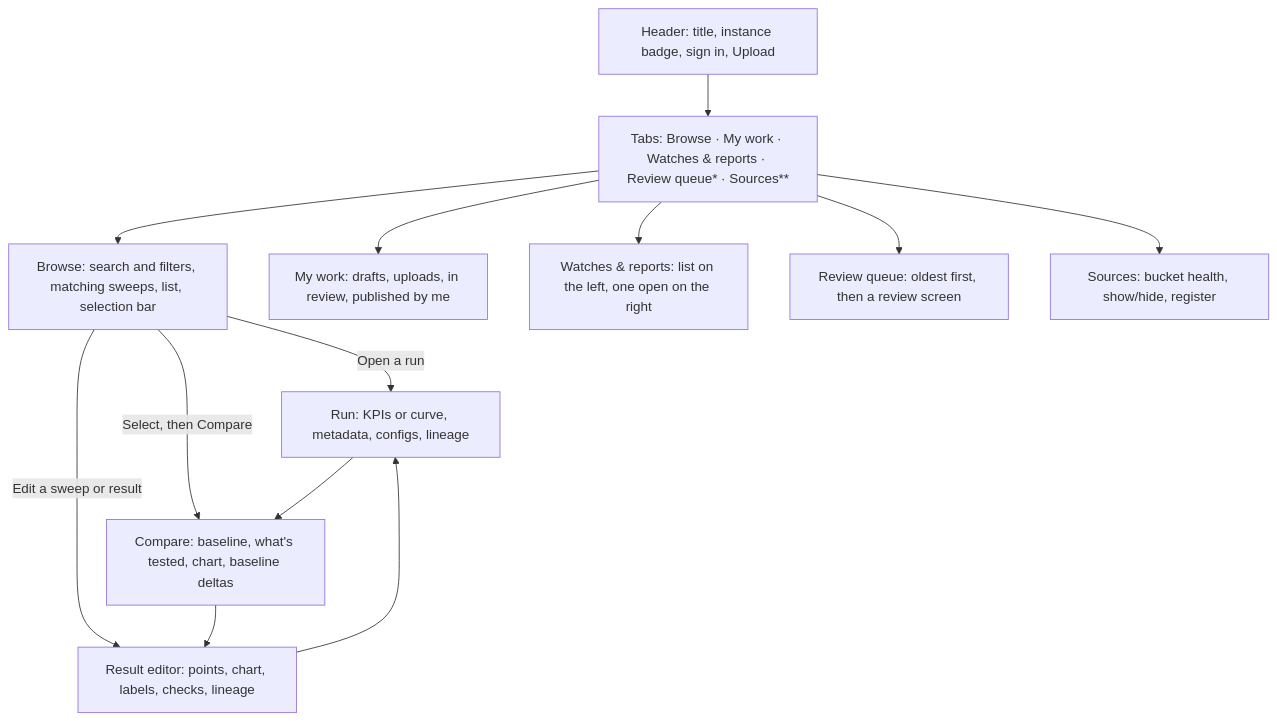
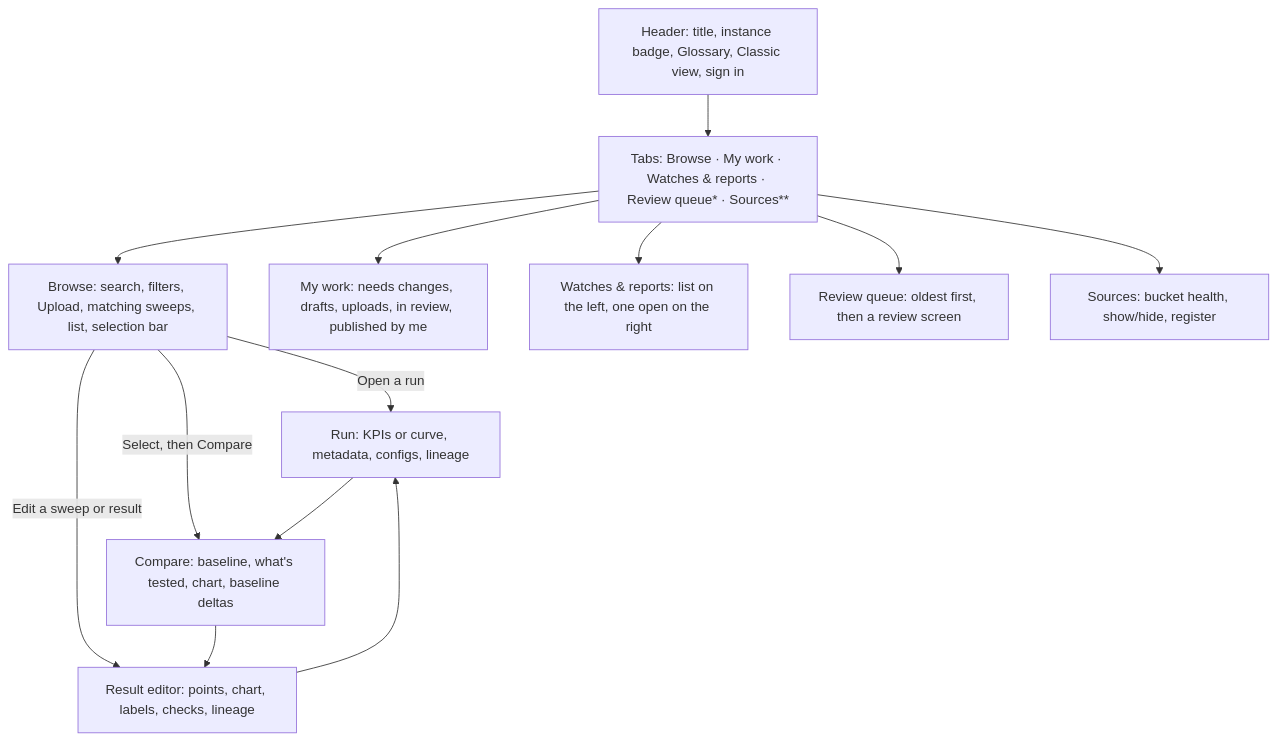
The diagram in docs/results_store_ux_brief.md (Raji14/llm-d-prism), drawn with Mermaid before and after one commit. The commit also changed other lines of this file, not shown here.

````diff
--- a/docs/results_store_ux_brief.md
+++ b/docs/results_store_ux_brief.md
@@ -101,15 +101,15 @@
 ```mermaid
 flowchart TD
-    Header["Header: title, instance badge, sign in, Upload"] --> Tabs["Tabs: Browse · My work · Watches & reports · Review queue* · Sources**"]
-    Tabs --> Browse["Browse: search and filters, matching sweeps, list, selection bar"]
-    Tabs --> MyWork["My work: drafts, uploads, in review, published by me"]
+    Header["Header: title, instance badge, Glossary, Classic view, sign in"] --> Tabs["Tabs: Browse · My work · Watches & reports · Review queue* · Sources**"]
+    Tabs --> Browse["Browse: search, filters, Upload, matching sweeps, list, selection bar"]
+    Tabs --> MyWork["My work: needs changes, drafts, uploads, in review, published by me"]
     Tabs --> Dash["Watches & reports: list on the left, one open on the right"]
     Tabs --> Review["Review queue: oldest first, then a review screen"]
     Tabs --> Sources["Sources: bucket health, show/hide, register"]
     Browse -->|Open a run| Run["Run: KPIs or curve, metadata, configs, lineage"]
     Browse -->|Select, then Compare| Compare["Compare: baseline, what's tested, chart, baseline deltas"]
     Browse -->|Edit a sweep or result| Editor["Result editor: points, chart, labels, checks, lineage"]
     Run --> Compare
     Compare --> Editor
     Editor --> Run
 ```
````
